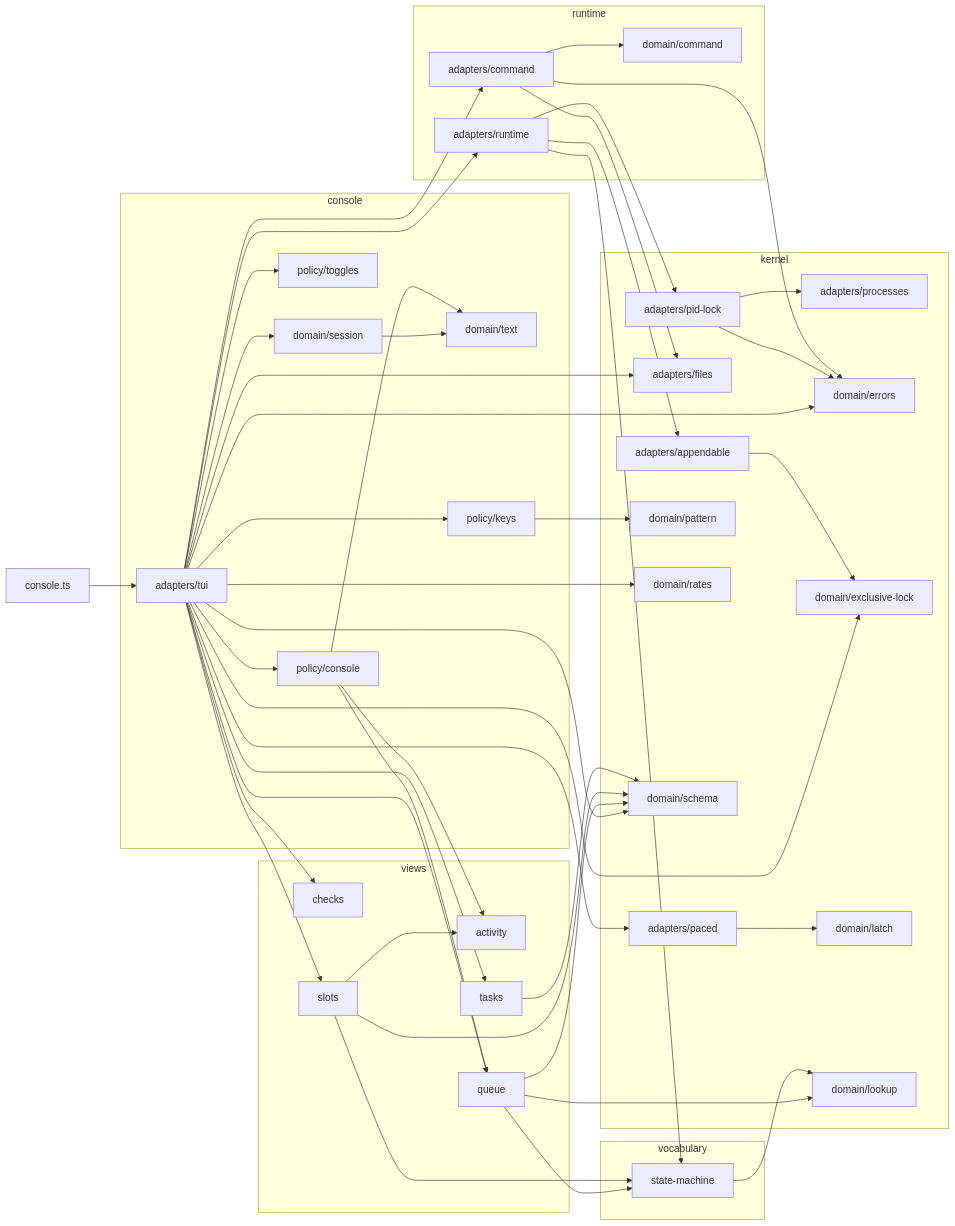
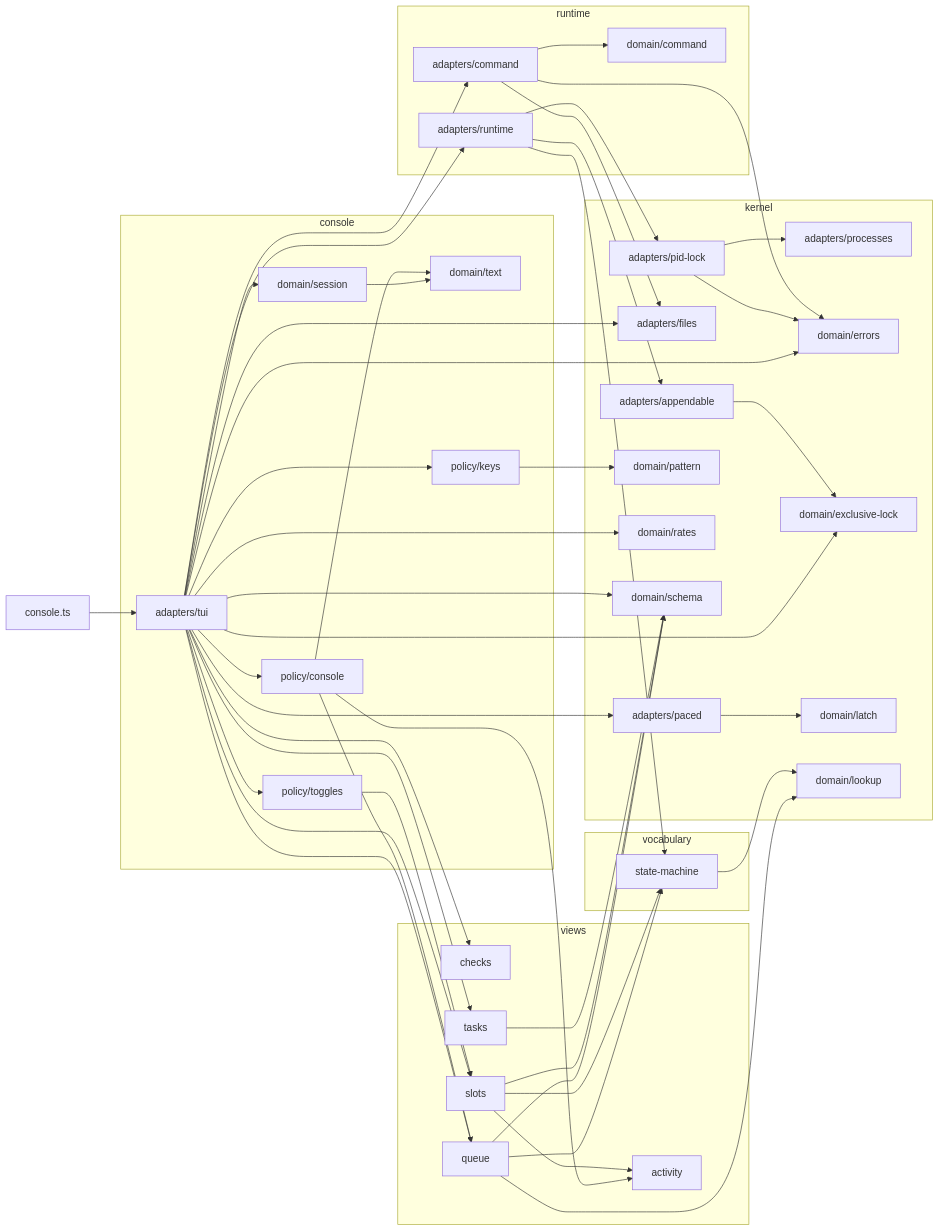
Before and after one commit to Pyrolistical/task-graph-template: the second of 2 diagrams in docs/import-graph.md, drawn with Mermaid. The commit also changed other lines of this file and 32 other files, not shown here.

````diff
--- a/docs/import-graph.md
+++ b/docs/import-graph.md
@@ -277,81 +278,82 @@
 ```mermaid
 flowchart LR
   console_ts["console.ts"]
   subgraph console["console"]
     orchestrator_console_adapters_tui_ts["adapters/tui"]
     orchestrator_console_domain_session_ts["domain/session"]
     orchestrator_console_domain_text_ts["domain/text"]
     orchestrator_console_policy_console_ts["policy/console"]
     orchestrator_console_policy_keys_ts["policy/keys"]
     orchestrator_console_policy_toggles_ts["policy/toggles"]
   end
   subgraph runtime["runtime"]
     orchestrator_runtime_adapters_command_ts["adapters/command"]
     orchestrator_runtime_adapters_runtime_ts["adapters/runtime"]
     orchestrator_runtime_domain_command_ts["domain/command"]
   end
   subgraph views["views"]
     orchestrator_views_activity_ts["activity"]
     orchestrator_views_checks_ts["checks"]
     orchestrator_views_queue_ts["queue"]
     orchestrator_views_slots_ts["slots"]
     orchestrator_views_tasks_ts["tasks"]
   end
   subgraph vocabulary["vocabulary"]
     orchestrator_vocabulary_state_machine_ts["state-machine"]
   end
   subgraph kernel["kernel"]
     orchestrator_kernel_adapters_appendable_ts["adapters/appendable"]
     orchestrator_kernel_adapters_files_ts["adapters/files"]
     orchestrator_kernel_adapters_paced_ts["adapters/paced"]
     orchestrator_kernel_adapters_pid_lock_ts["adapters/pid-lock"]
     orchestrator_kernel_adapters_processes_ts["adapters/processes"]
     orchestrator_kernel_domain_errors_ts["domain/errors"]
     orchestrator_kernel_domain_exclusive_lock_ts["domain/exclusive-lock"]
     orchestrator_kernel_domain_latch_ts["domain/latch"]
     orchestrator_kernel_domain_lookup_ts["domain/lookup"]
     orchestrator_kernel_domain_pattern_ts["domain/pattern"]
     orchestrator_kernel_domain_rates_ts["domain/rates"]
     orchestrator_kernel_domain_schema_ts["domain/schema"]
   end
   console_ts --> orchestrator_console_adapters_tui_ts
   orchestrator_console_adapters_tui_ts --> orchestrator_views_slots_ts
   orchestrator_console_adapters_tui_ts --> orchestrator_views_checks_ts
   orchestrator_console_adapters_tui_ts --> orchestrator_kernel_domain_errors_ts
   orchestrator_console_adapters_tui_ts --> orchestrator_views_tasks_ts
   orchestrator_console_adapters_tui_ts --> orchestrator_kernel_domain_schema_ts
   orchestrator_console_adapters_tui_ts --> orchestrator_kernel_domain_rates_ts
   orchestrator_console_adapters_tui_ts --> orchestrator_console_domain_session_ts
   orchestrator_console_adapters_tui_ts --> orchestrator_console_policy_console_ts
   orchestrator_console_adapters_tui_ts --> orchestrator_console_policy_keys_ts
   orchestrator_console_adapters_tui_ts --> orchestrator_console_policy_toggles_ts
   orchestrator_console_adapters_tui_ts --> orchestrator_views_queue_ts
   orchestrator_console_adapters_tui_ts --> orchestrator_runtime_adapters_command_ts
   orchestrator_console_adapters_tui_ts --> orchestrator_kernel_domain_exclusive_lock_ts
   orchestrator_console_adapters_tui_ts --> orchestrator_kernel_adapters_paced_ts
   orchestrator_console_adapters_tui_ts --> orchestrator_kernel_adapters_files_ts
   orchestrator_console_adapters_tui_ts --> orchestrator_runtime_adapters_runtime_ts
   orchestrator_console_domain_session_ts --> orchestrator_console_domain_text_ts
   orchestrator_console_policy_console_ts --> orchestrator_views_activity_ts
   orchestrator_console_policy_console_ts --> orchestrator_console_domain_text_ts
   orchestrator_console_policy_console_ts --> orchestrator_views_queue_ts
   orchestrator_console_policy_keys_ts --> orchestrator_kernel_domain_pattern_ts
+  orchestrator_console_policy_toggles_ts --> orchestrator_views_slots_ts
   orchestrator_kernel_adapters_appendable_ts --> orchestrator_kernel_domain_exclusive_lock_ts
   orchestrator_kernel_adapters_paced_ts --> orchestrator_kernel_domain_latch_ts
   orchestrator_kernel_adapters_pid_lock_ts --> orchestrator_kernel_domain_errors_ts
   orchestrator_kernel_adapters_pid_lock_ts --> orchestrator_kernel_adapters_processes_ts
   orchestrator_runtime_adapters_command_ts --> orchestrator_runtime_domain_command_ts
   orchestrator_runtime_adapters_command_ts --> orchestrator_kernel_domain_errors_ts
   orchestrator_runtime_adapters_command_ts --> orchestrator_kernel_adapters_files_ts
   orchestrator_runtime_adapters_runtime_ts --> orchestrator_vocabulary_state_machine_ts
   orchestrator_runtime_adapters_runtime_ts --> orchestrator_kernel_adapters_appendable_ts
   orchestrator_runtime_adapters_runtime_ts --> orchestrator_kernel_adapters_pid_lock_ts
   orchestrator_views_queue_ts --> orchestrator_kernel_domain_lookup_ts
   orchestrator_views_queue_ts --> orchestrator_kernel_domain_schema_ts
   orchestrator_views_queue_ts --> orchestrator_vocabulary_state_machine_ts
   orchestrator_views_slots_ts --> orchestrator_kernel_domain_schema_ts
   orchestrator_views_slots_ts --> orchestrator_vocabulary_state_machine_ts
   orchestrator_views_slots_ts --> orchestrator_views_activity_ts
   orchestrator_views_tasks_ts --> orchestrator_kernel_domain_schema_ts
   orchestrator_vocabulary_state_machine_ts --> orchestrator_kernel_domain_lookup_ts
 ```
````
